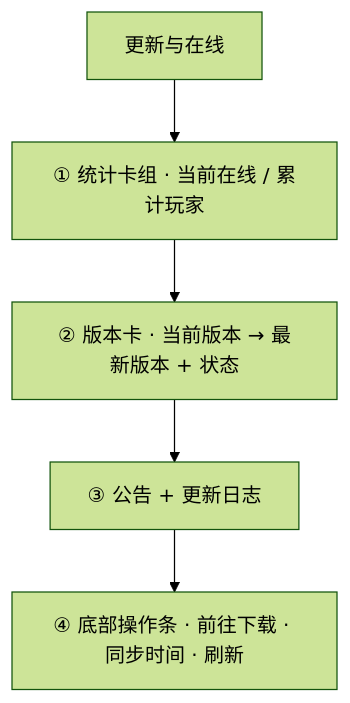
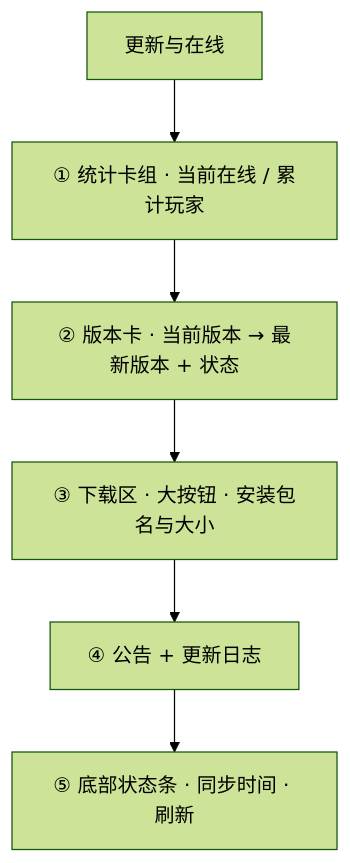
The first of 3 diagrams in README.md (Structuretxwd/LetsGal-Studio-Extension), drawn with Mermaid (forest theme) before and after one commit. The commit also changed other lines of this file and 4 other files, not shown here.

````diff
--- a/README.md
+++ b/README.md
@@ -47,8 +47,9 @@
 ```mermaid
 flowchart TB
     T["更新与在线"]
     T --> S["① 统计卡组 · 当前在线 / 累计玩家"]
     S --> V["② 版本卡 · 当前版本 → 最新版本 + 状态"]
-    V --> A["③ 公告 + 更新日志"]
-    A --> F["④ 底部操作条 · 前往下载 · 同步时间 · 刷新"]
+    V --> D["③ 下载区 · 大按钮 · 安装包名与大小"]
+    D --> A["④ 公告 + 更新日志"]
+    A --> F["⑤ 底部状态条 · 同步时间 · 刷新"]
 ```
````
